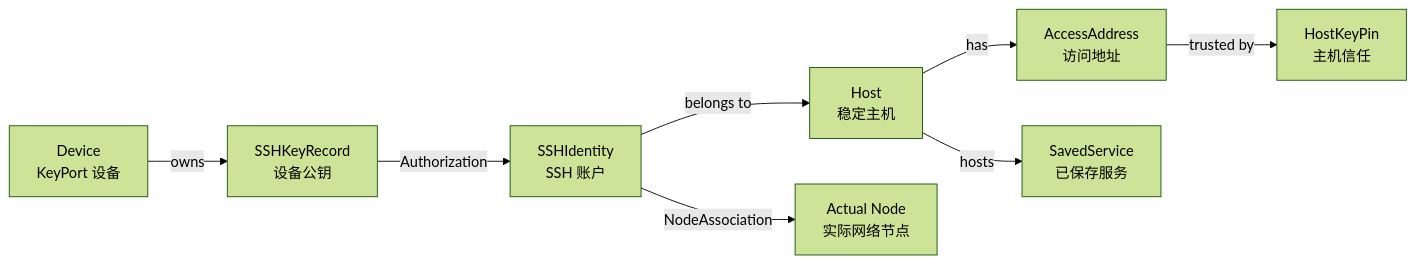
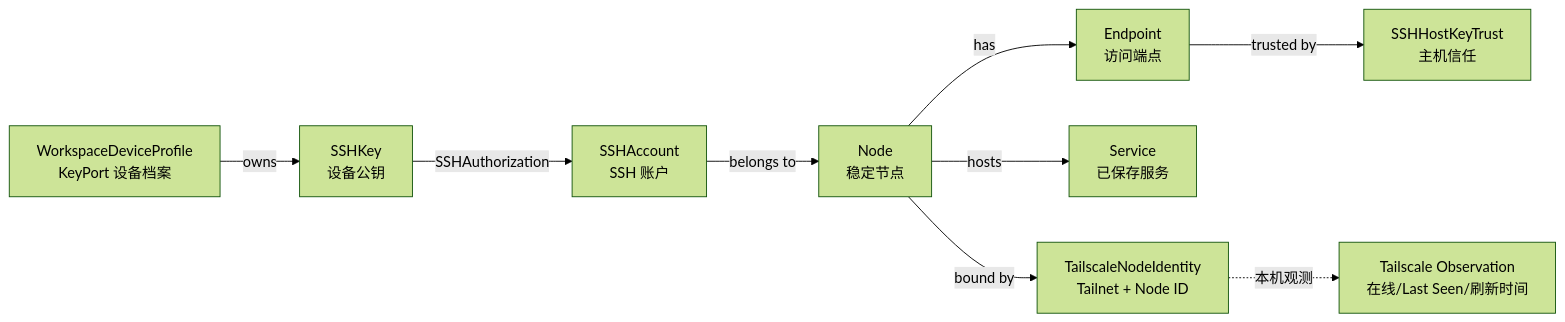
One commit to jihtsan/key-port changed the first of 2 diagrams in Docs/Graph拓扑与跨设备授权架构.md. Above: the diagram before and after it, drawn with Mermaid (forest theme). The commit also changed other lines of this file and 18 other files, not shown here.

Commit message:
feat: sync Tailscale nodes into topology graph

````diff
--- a/Docs/Graph拓扑与跨设备授权架构.md
+++ b/Docs/Graph拓扑与跨设备授权架构.md
@@ -39,10 +38,11 @@
 ```mermaid
 flowchart LR
-    D[Device\nKeyPort 设备] -->|owns| K[SSHKeyRecord\n设备公钥]
-    K -->|Authorization| I[SSHIdentity\nSSH 账户]
-    I -->|belongs to| H[Host\n稳定主机]
-    H -->|has| A[AccessAddress\n访问地址]
-    A -->|trusted by| P[HostKeyPin\n主机信任]
-    H -->|hosts| S[SavedService\n已保存服务]
-    I -->|NodeAssociation| N[Actual Node\n实际网络节点]
+    D[WorkspaceDeviceProfile\nKeyPort 设备档案] -->|owns| K[SSHKey\n设备公钥]
+    K -->|SSHAuthorization| A[SSHAccount\nSSH 账户]
+    A -->|belongs to| N[Node\n稳定节点]
+    N -->|has| E[Endpoint\n访问端点]
+    E -->|trusted by| P[SSHHostKeyTrust\n主机信任]
+    N -->|hosts| S[Service\n已保存服务]
+    N -->|bound by| T[TailscaleNodeIdentity\nTailnet + Node ID]
+    T -.->|本机观测| O[Tailscale Observation\n在线/Last Seen/刷新时间]
 ```
````
